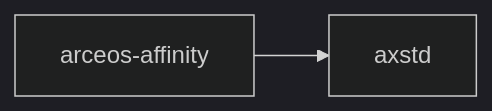
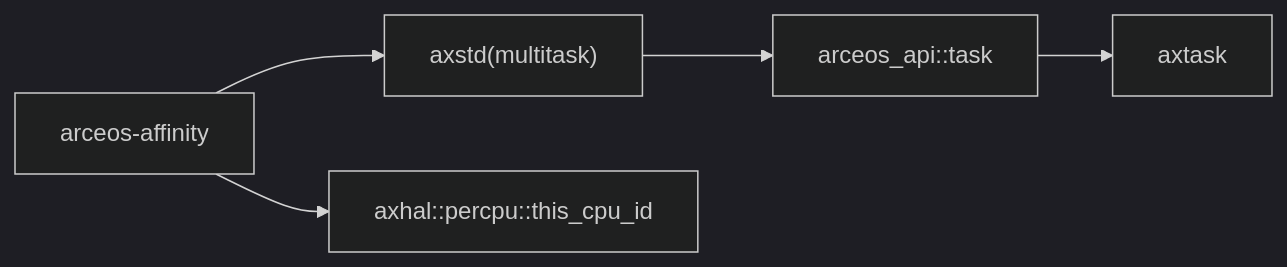
One commit to rcore-os/tgoskits changed the second of 2 diagrams in docs/crates/arceos-affinity.md. Above: the diagram before and after it, drawn with Mermaid (dark theme). The commit also changed other lines of this file and 99 other files, not shown here.

````diff
--- a/docs/crates/arceos-affinity.md
+++ b/docs/crates/arceos-affinity.md
@@ -32,5 +83,7 @@
 ```mermaid
 graph LR
-    current["arceos-affinity"]
-    current --> axstd["axstd"]
+    test["arceos-affinity"] --> axstd["axstd(multitask)"]
+    axstd --> arceos_api["arceos_api::task"]
+    arceos_api --> axtask["axtask"]
+    test --> axhal["axhal::percpu::this_cpu_id"]
 ```
````
